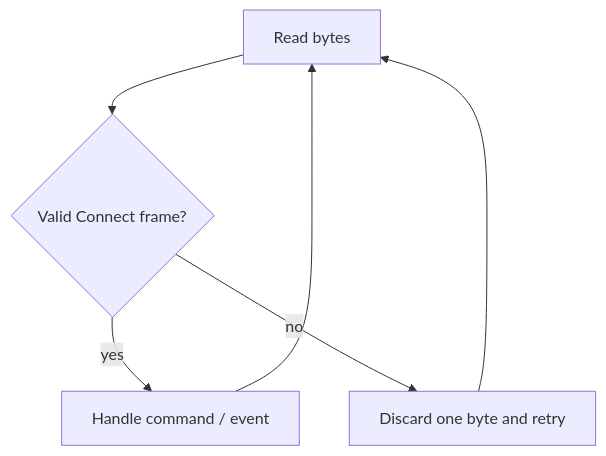
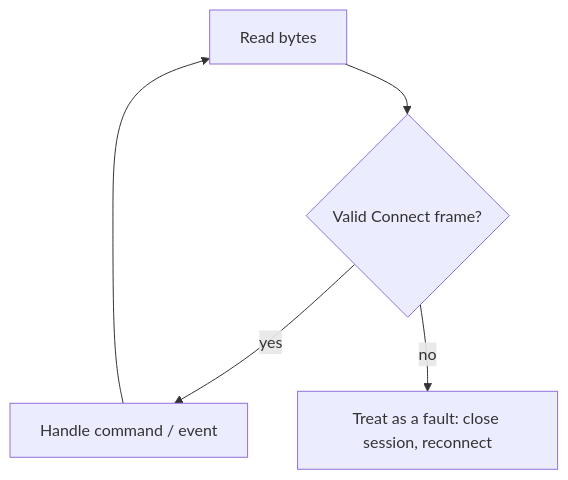
One commit to michaelmarconi/texecom_alarm changed the fifth of 6 diagrams in docs/protocol-overview.md. Above: the diagram before and after it, drawn with Mermaid. The commit also changed other lines of this file and 3 other files, not shown here.

````diff
--- a/docs/protocol-overview.md
+++ b/docs/protocol-overview.md
@@ -133,8 +133,7 @@
 ```mermaid
 flowchart TD
   R[Read bytes] --> V{Valid Connect frame?}
   V -->|yes| H[Handle command / event]
-  V -->|no| S[Discard one byte and retry]
-  S --> R
+  V -->|no| D[Treat as a fault: close session, reconnect]
   H --> R
 ```
````
